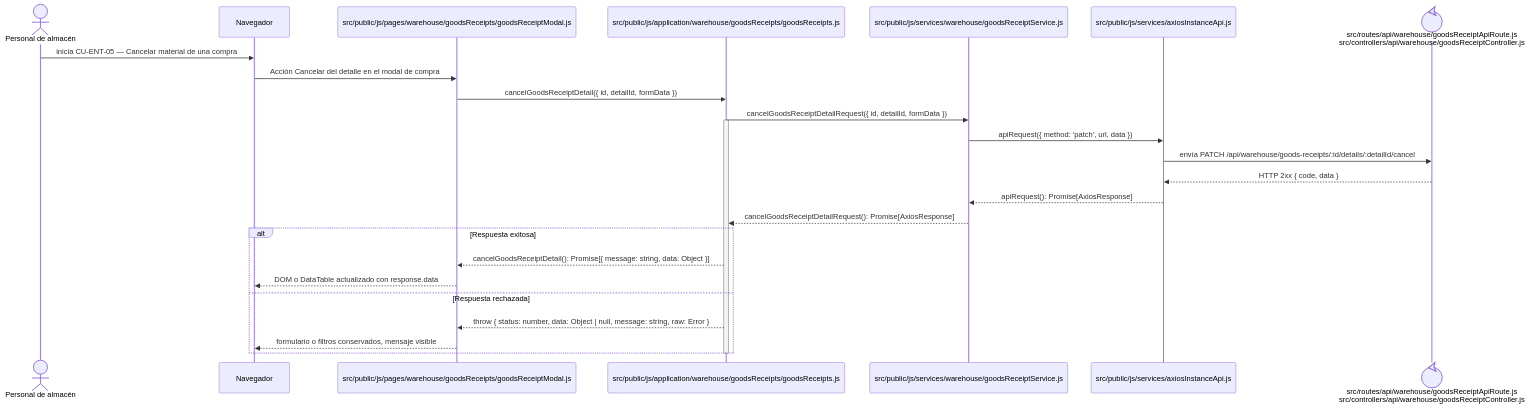
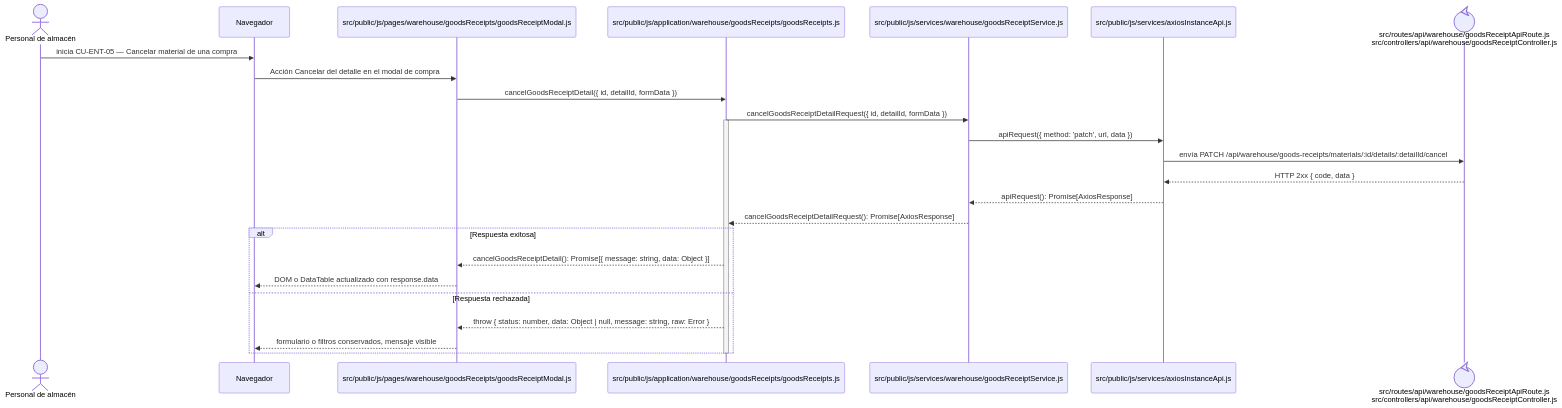
One commit to gpgsistemas01/nexus changed the diagram in docs/architecture/views/processes/frontend-code-sequences/purchases/cu-ent-05.md. Above: the diagram before and after it, drawn with Mermaid. The commit also changed 91 other files, not shown here.

````diff
--- a/docs/architecture/views/processes/frontend-code-sequences/purchases/cu-ent-05.md
+++ b/docs/architecture/views/processes/frontend-code-sequences/purchases/cu-ent-05.md
@@ -6,29 +6,29 @@
 ```mermaid
 sequenceDiagram
     actor Initiator as Personal de almacén
     participant Browser as Navegador
     participant View as src/public/js/pages/warehouse/goodsReceipts/goodsReceiptModal.js
     participant Application as src/public/js/application/warehouse/goodsReceipts/goodsReceipts.js
     participant Request as src/public/js/services/warehouse/goodsReceiptService.js
     participant HTTP as src/public/js/services/axiosInstanceApi.js
     participant Transport@{ "type": "control" } as src/routes/api/warehouse/goodsReceiptApiRoute.js<br/>src/controllers/api/warehouse/goodsReceiptController.js
 
     Initiator->>Browser: inicia CU-ENT-05 — Cancelar material de una compra
     Browser->>View: Acción Cancelar del detalle en el modal de compra
     View->>Application: cancelGoodsReceiptDetail({ id, detailId, formData })
     Application->>Request: cancelGoodsReceiptDetailRequest({ id, detailId, formData })
     activate Application
     Request->>HTTP: apiRequest({ method: 'patch', url, data })
-    HTTP->>Transport: envía PATCH /api/warehouse/goods-receipts/:id/details/:detailId/cancel
+    HTTP->>Transport: envía PATCH /api/warehouse/goods-receipts/materials/:id/details/:detailId/cancel
     Transport-->>HTTP: HTTP 2xx { code, data }
     HTTP-->>Request: apiRequest(): Promise[AxiosResponse]
     Request-->>Application: cancelGoodsReceiptDetailRequest(): Promise[AxiosResponse]
     alt Respuesta exitosa
         Application-->>View: cancelGoodsReceiptDetail(): Promise[{ message: string, data: Object }]
         View-->>Browser: DOM o DataTable actualizado con response.data
     else Respuesta rechazada
         Application-->>View: throw { status: number, data: Object | null, message: string, raw: Error }
         View-->>Browser: formulario o filtros conservados, mensaje visible
     end
     deactivate Application
 ```
````
